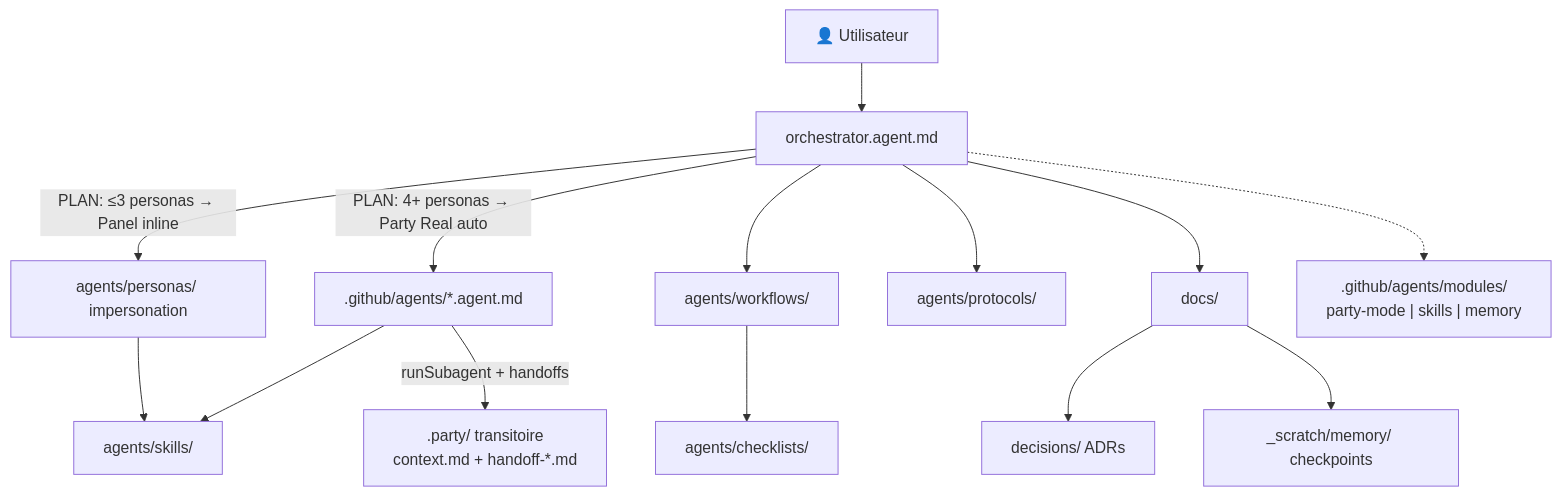
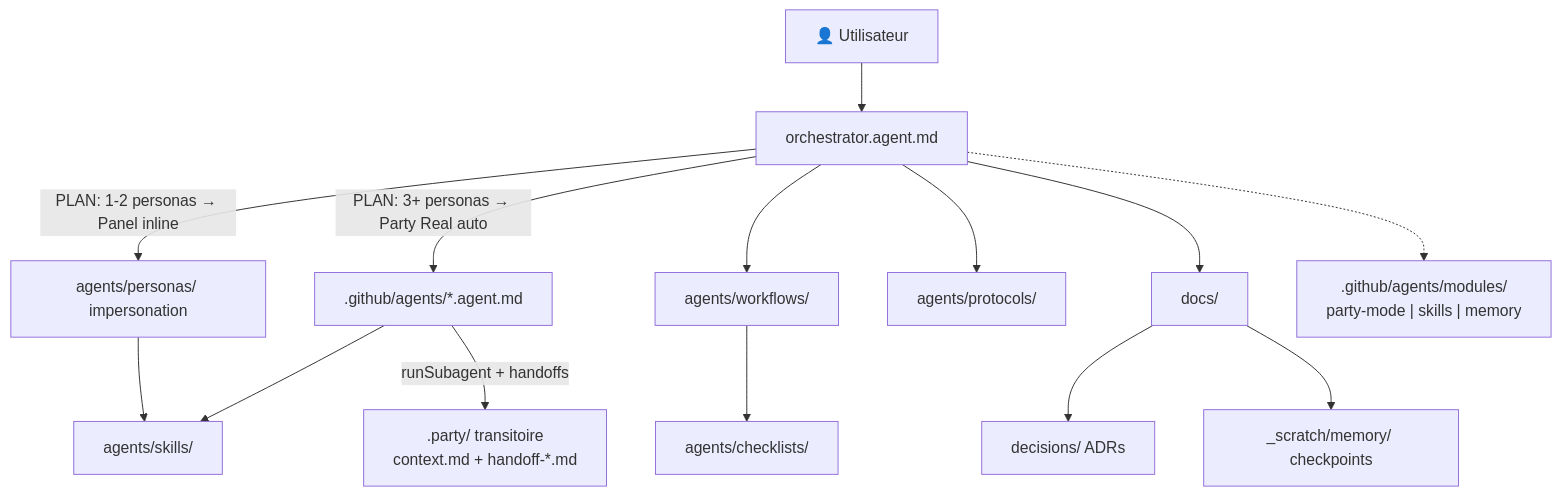
One commit to zavrocKk/zav-sandbox changed the diagram in README.md. Above: the diagram before and after it, drawn with Mermaid. The commit also changed other lines of this file and 4 other files, not shown here.

First line of the commit message:
feat: abaisser seuil Panel inline a <= 2 personas (ADR-0009)

````diff
--- a/README.md
+++ b/README.md
@@ -183,16 +183,16 @@
 ```mermaid
 flowchart TD
     U[👤 Utilisateur] --> O[orchestrator.agent.md]
-    O -->|PLAN: ≤3 personas → Panel inline| P[agents/personas/ impersonation]
-    O -->|PLAN: 4+ personas → Party Real auto| SA[.github/agents/*.agent.md]
+    O -->|PLAN: 1-2 personas → Panel inline| P[agents/personas/ impersonation]
+    O -->|PLAN: 3+ personas → Party Real auto| SA[.github/agents/*.agent.md]
     SA -->|runSubagent + handoffs| PARTY[".party/ transitoire\ncontext.md + handoff-*.md"]
     O --> W[agents/workflows/]
     O --> PR[agents/protocols/]
     P --> S[agents/skills/]
     SA --> S
     O --> D[docs/]
     D --> DEC[decisions/ ADRs]
     D --> SCR[_scratch/memory/ checkpoints]
     W --> CHKL[agents/checklists/]
     O -.-> MOD[".github/agents/modules/\nparty-mode | skills | memory"]
 ```
````
